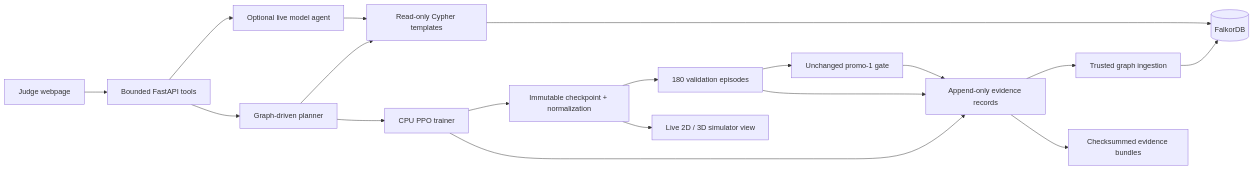
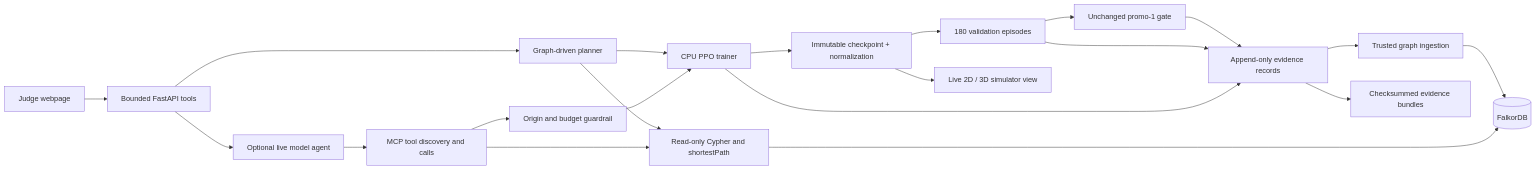
Before and after one commit to himanshu748/embodiweave: the diagram in README.md, drawn with Mermaid. The commit also changed other lines of this file and 11 other files, not shown here.

Commit message:
Publish consented MCP judge path and prospective run protocol

````diff
--- a/README.md
+++ b/README.md
@@ -181,20 +203,23 @@
 ```mermaid
 flowchart LR
   Judge[Judge webpage] --> API[Bounded FastAPI tools]
   API --> Agent[Optional live model agent]
-  Agent --> Reads[Read-only Cypher templates]
+  Agent --> MCP[MCP tool discovery and calls]
+  MCP --> Guard[Origin and budget guardrail]
+  MCP --> Reads[Read-only Cypher and shortestPath]
+  Guard --> Trainer
   API --> Planner[Graph-driven planner]
   Planner --> Reads
   Reads --> Graph[(FalkorDB)]
   Planner --> Trainer[CPU PPO trainer]
   Trainer --> Saved[Immutable checkpoint + normalization]
   Saved --> Validation[180 validation episodes]
   Validation --> Gate[Unchanged promo-1 gate]
   Trainer --> Records[Append-only evidence records]
   Validation --> Records
   Gate --> Records
   Records --> Ingest[Trusted graph ingestion]
   Ingest --> Graph
   Records --> Export[Checksummed evidence bundles]
   Saved --> View[Live 2D / 3D simulator view]
 ```
````
